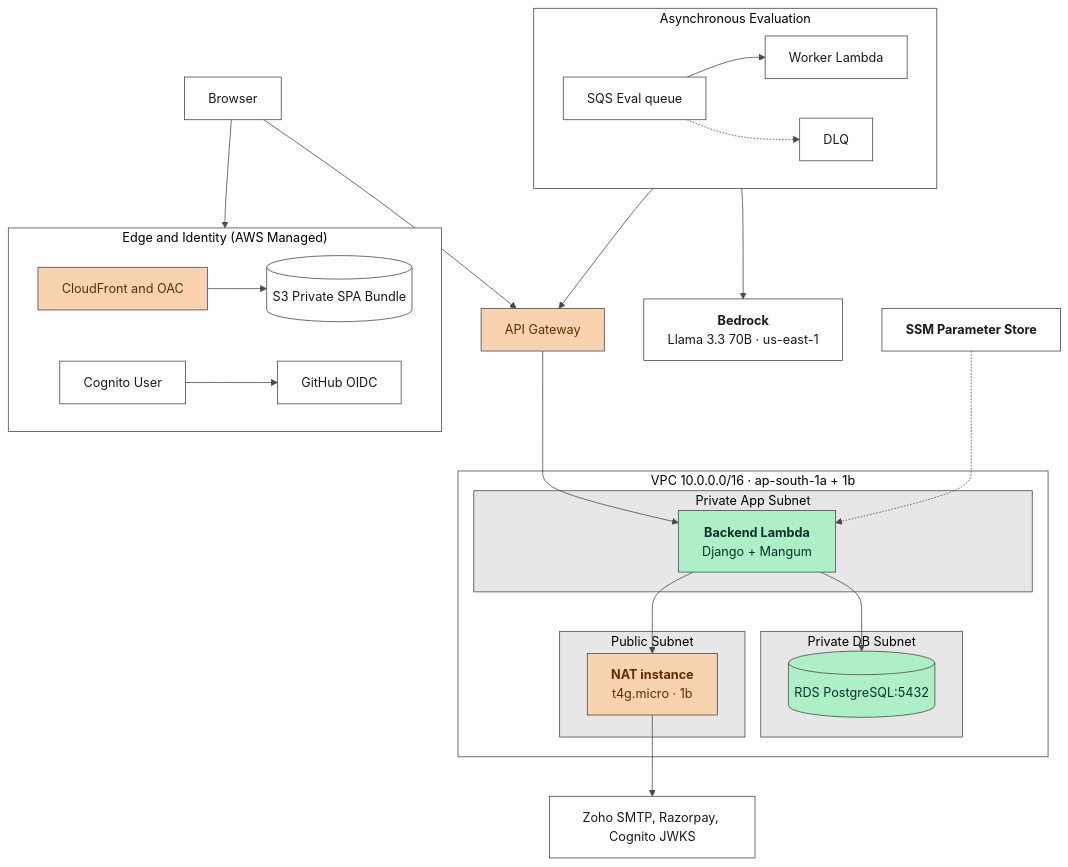
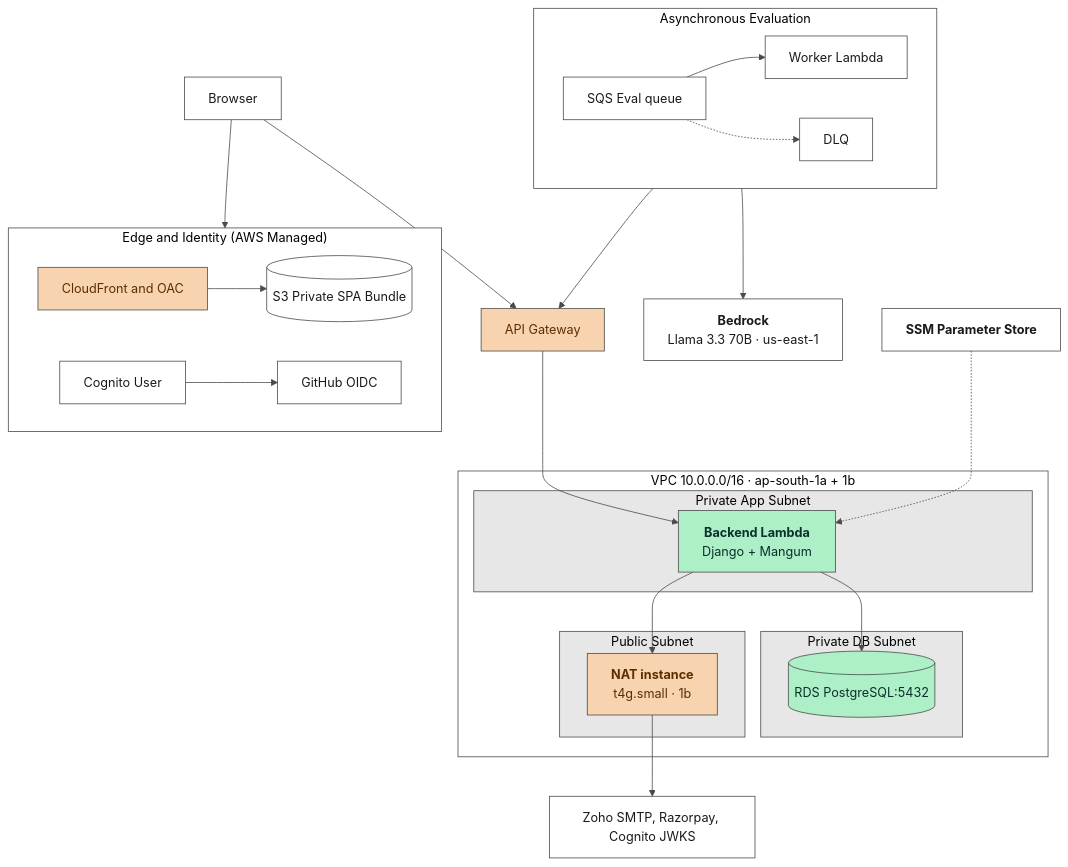
Before and after one commit to dibyajyoti-chakrabarti/structra: the diagram in project-documentation/assets/architecture.mmd, drawn with Mermaid. The commit also changed 1 other file, not shown here.

Commit message:
docs: correct the NAT instance type in the architecture diagram
The diagram and its mermaid source still labelled the NAT t4g.micro. The
default became t4g.small in 1cfe581 and the running instance was resized
in place to match, so both were a version behind.

The PNG could not be regenerated from the .mmd. Its metadata records
gnome-screenshot, and a render of the current source differs in layout and
drops the legend and the browser icon entirely, because those exist in the
picture but not in the source. So the label was edited in the image
itself: the five glyphs of "small" were lifted from "Llama 3.3 70B ·
us-east-1", which is the same face, size and weight, recoloured per
channel from #1a1a1a on white to #5C2E00 on #F8D3AF, and set on the font's
own advance widths. 615 pixels change, all inside the label's bounding
box; every other pixel is identical.

Worth knowing for the next edit: the .mmd is a reconstruction of the
picture rather than the thing that produces it, so the two can drift
without anything failing. Making it the real source would mean adding the
legend and the browser node it is missing, and accepting a different
layout.

```diff
--- a/project-documentation/assets/architecture.mmd
+++ b/project-documentation/assets/architecture.mmd
@@ -1,73 +1,73 @@
 %%{init: {"theme": "base", "themeVariables": {"fontFamily": "Segoe UI, Helvetica, Arial, sans-serif", "lineColor": "#4a4a4a", "primaryColor": "#ffffff", "primaryTextColor": "#1a1a1a", "primaryBorderColor": "#4a4a4a", "clusterBkg": "#ffffff", "clusterBorder": "#4a4a4a"}} }%%
 flowchart TB
     Browser["Browser"]
     APIGW["API Gateway"]
 
     subgraph Edge["Edge and Identity (AWS Managed)"]
         direction LR
         CF["CloudFront and OAC"]
         S3[("S3 Private SPA Bundle")]
         Cognito["Cognito User"]
         GitHubOIDC["GitHub OIDC"]
         CF --> S3
         Cognito --> GitHubOIDC
     end
 
     subgraph Async["Asynchronous Evaluation"]
         direction LR
         SQS["SQS Eval queue"]
         Worker["Worker Lambda"]
         DLQ["DLQ"]
         SQS --> Worker
         SQS -.-> DLQ
     end
 
     Bedrock["<b>Bedrock</b><br/>Llama 3.3 70B · us-east-1"]
 
     subgraph VPC["VPC 10.0.0.0/16 · ap-south-1a + 1b"]
         subgraph AppSubnet["Private App Subnet"]
             Backend["<b>Backend Lambda</b><br/>Django + Mangum"]
         end
         subgraph DBSubnet["Private DB Subnet"]
             RDS[("RDS PostgreSQL:5432")]
         end
         subgraph PublicSubnet["Public Subnet"]
-            NAT["<b>NAT instance</b><br/>t4g.micro · 1b"]
+            NAT["<b>NAT instance</b><br/>t4g.small · 1b"]
         end
     end
 
     SSM["<b>SSM Parameter Store</b>"]
     External["Zoho SMTP, Razorpay, Cognito JWKS"]
 
     %% ── Browser entry points ─────────────────────────────────────────
     Browser --> APIGW
     Browser --> Edge
 
     %% ── Request path into the VPC ────────────────────────────────────
     APIGW --> Backend
     Backend --> RDS
     Backend --> NAT
     NAT --> External
 
     %% ── Evaluation path ──────────────────────────────────────────────
     Worker --> Bedrock
     Worker --> APIGW
 
     %% ── Configuration ────────────────────────────────────────────────
     SSM -.-> Backend
 
     %% ── Legend colouring ─────────────────────────────────────────────
     %% green  = inside the VPC, no direct internet
     %% orange = internet-facing or egress path
     %% white  = AWS-managed, outside the VPC
     classDef inVpc fill:#ADF0C7,stroke:#4a4a4a,color:#0B2F2B
     classDef egress fill:#F8D3AF,stroke:#4a4a4a,color:#5C2E00
     classDef managed fill:#ffffff,stroke:#4a4a4a,color:#1a1a1a
 
     class Backend,RDS inVpc
     class APIGW,CF,NAT egress
     class Browser,S3,Cognito,GitHubOIDC,SQS,Worker,DLQ,Bedrock,SSM,External managed
 
     style AppSubnet fill:#E7E7E7,stroke:#4a4a4a
     style DBSubnet fill:#E7E7E7,stroke:#4a4a4a
     style PublicSubnet fill:#E7E7E7,stroke:#4a4a4a
```
